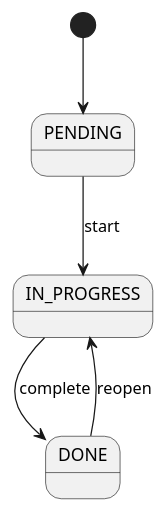
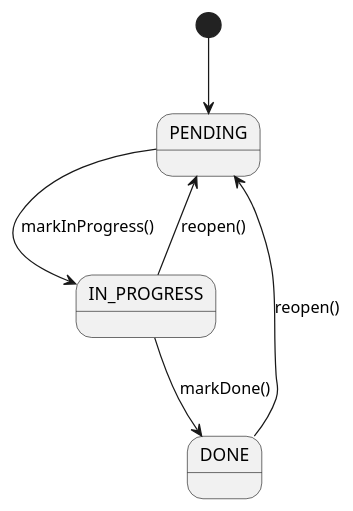
The diagram in experiments/broadcast/structured_text/TODO/artifacts/state_diagram.puml (DanielRiha8906/Software_autoevolution_using_agents), drawn with PlantUML before and after one commit. The commit also changed 7 other files, not shown here.

```diff
--- a/experiments/broadcast/structured_text/TODO/artifacts/state_diagram.puml
+++ b/experiments/broadcast/structured_text/TODO/artifacts/state_diagram.puml
@@ -1,9 +1,10 @@
-@startuml
+@startuml state_diagram
 
 [*] --> PENDING
 
-PENDING --> IN_PROGRESS : start
-IN_PROGRESS --> DONE : complete
-DONE --> IN_PROGRESS : reopen
+PENDING --> IN_PROGRESS : markInProgress()
+IN_PROGRESS --> DONE : markDone()
+DONE --> PENDING : reopen()
+IN_PROGRESS --> PENDING : reopen()
 
 @enduml
```
